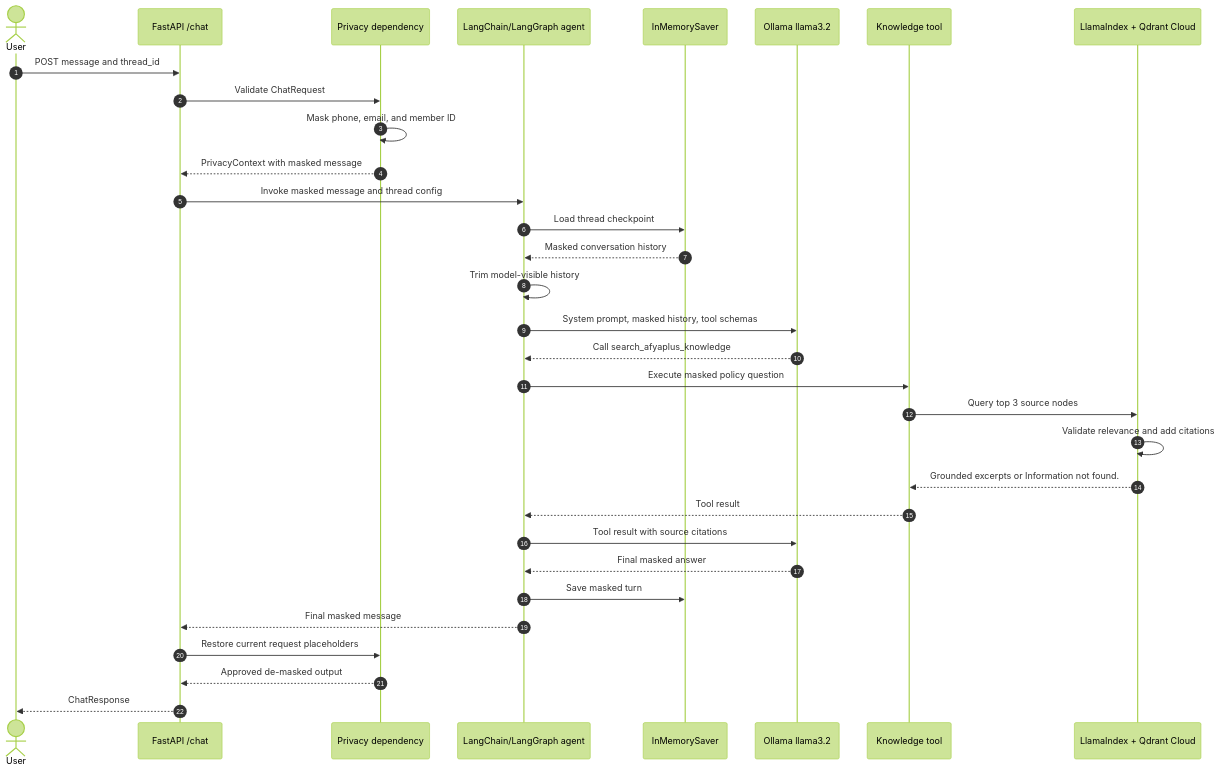
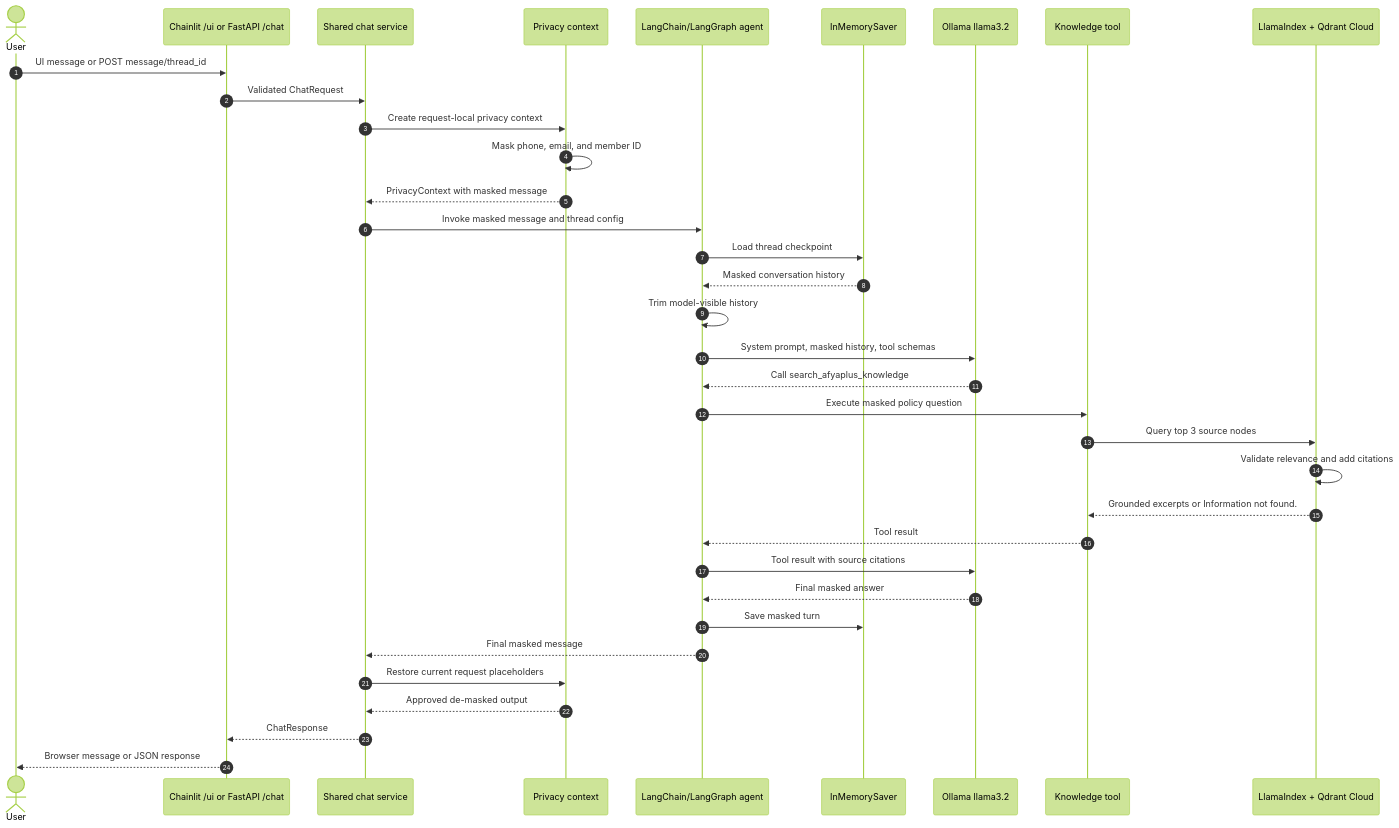
The second of 4 diagrams in docs/sequence-diagram.md (pmutua/afyaplus), drawn with Mermaid (forest theme) before and after one commit. The commit also changed other lines of this file and 17 other files, not shown here.

First line of the commit message:
feat(ui): add Chainlit chat interface

````diff
--- a/docs/sequence-diagram.md
+++ b/docs/sequence-diagram.md
@@ -32,35 +32,38 @@
 ```mermaid
 sequenceDiagram
     autonumber
     actor User
-    participant API as FastAPI /chat
-    participant Privacy as Privacy dependency
+    participant Interface as Chainlit /ui or FastAPI /chat
+    participant Service as Shared chat service
+    participant Privacy as Privacy context
     participant Agent as LangChain/LangGraph agent
     participant Memory as InMemorySaver
     participant Model as Ollama llama3.2
     participant Tool as Knowledge tool
     participant RAG as LlamaIndex + Qdrant Cloud
 
-    User->>API: POST message and thread_id
-    API->>Privacy: Validate ChatRequest
+    User->>Interface: UI message or POST message/thread_id
+    Interface->>Service: Validated ChatRequest
+    Service->>Privacy: Create request-local privacy context
     Privacy->>Privacy: Mask phone, email, and member ID
-    Privacy-->>API: PrivacyContext with masked message
-    API->>Agent: Invoke masked message and thread config
+    Privacy-->>Service: PrivacyContext with masked message
+    Service->>Agent: Invoke masked message and thread config
     Agent->>Memory: Load thread checkpoint
     Memory-->>Agent: Masked conversation history
     Agent->>Agent: Trim model-visible history
     Agent->>Model: System prompt, masked history, tool schemas
     Model-->>Agent: Call search_afyaplus_knowledge
     Agent->>Tool: Execute masked policy question
     Tool->>RAG: Query top 3 source nodes
     RAG->>RAG: Validate relevance and add citations
     RAG-->>Tool: Grounded excerpts or Information not found.
     Tool-->>Agent: Tool result
     Agent->>Model: Tool result with source citations
     Model-->>Agent: Final masked answer
     Agent->>Memory: Save masked turn
-    Agent-->>API: Final masked message
-    API->>Privacy: Restore current request placeholders
-    Privacy-->>API: Approved de-masked output
-    API-->>User: ChatResponse
+    Agent-->>Service: Final masked message
+    Service->>Privacy: Restore current request placeholders
+    Privacy-->>Service: Approved de-masked output
+    Service-->>Interface: ChatResponse
+    Interface-->>User: Browser message or JSON response
 ```
````
